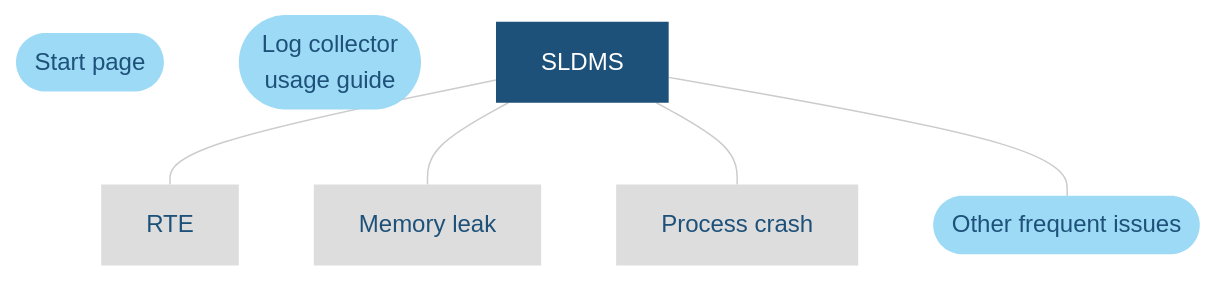
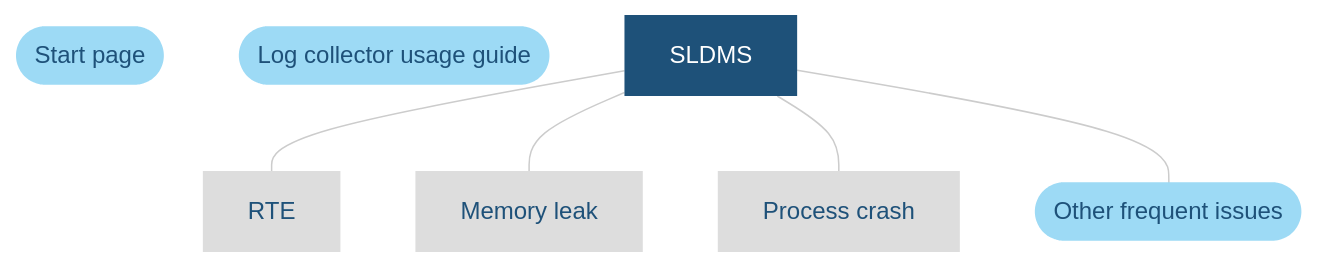
One commit to SkylineCommunications/dataminer-docs changed the first of 3 diagrams in user-guide/Troubleshooting/Troubleshooting_Flowcharts/Troubleshooting_Process_Identification/Communication_processes/Troubleshooting_SLDMS_exe.md. Above: the diagram before and after it, drawn with Mermaid. The commit also changed other lines of this file and 21 other files, not shown here.

````diff
--- a/user-guide/Troubleshooting/Troubleshooting_Flowcharts/Troubleshooting_Process_Identification/Communication_processes/Troubleshooting_SLDMS_exe.md
+++ b/user-guide/Troubleshooting/Troubleshooting_Flowcharts/Troubleshooting_Process_Identification/Communication_processes/Troubleshooting_SLDMS_exe.md
@@ -13,38 +13,38 @@
 ```mermaid
 flowchart TD
 %% Define styles %%
 linkStyle default stroke:#cccccc
 classDef LightBlue fill:#9DDAF5,stroke:#000070,stroke-width:0px, color:#1E5179;
 classDef Blue fill:#4BAEEA,stroke:#000070,stroke-width:0px, color:#FFFFFF;
 classDef DarkBlue fill:#1E5179,stroke:#000070,stroke-width:0px, color:#FFFFFF;
 classDef DarkGray fill:#58595B,stroke:#000070,stroke-width:0px, color:#FFFFFF;
 classDef Gray fill:#999999,stroke:#000070,stroke-width:0px, color:#FFFFFF;
 classDef LightGray fill:#DDDDDD,stroke:#000070,stroke-width:0px, color:#1E5179;
 %% Define blocks %%
 StartPage([Start page])
-LogCollector([Log collector <br>usage guide])
+LogCollector([Log collector usage guide])
 START[SLDMS]
 Rte[RTE]
 Leak[Memory leak]
 Crash[Process crash]
 OI([Other frequent issues])
 %% Connect blocks %%
 START --- Rte
 START --- Leak
 START --- Crash
 START --- OI
 %% Define hyperlinks %%
 click StartPage "/user-guide/Troubleshooting/Troubleshooting_Flowcharts/Finding_a_Root_Cause.html" "Go to Start Page"
 click OI "/user-guide/Troubleshooting/Troubleshooting_Flowcharts/Troubleshooting_Process_Identification/Communication_processes/SLDMS/SLDMS_Frequent_Issues.html" "Frequent Issues"
 click LogCollector "/user-guide/Reference/DataMiner_Tools/SLLogCollector.html" "SLLogCollector"
 click Rte "#option-1-rte-and-memory-leak"
 click Leak "#option-1-rte-and-memory-leak"
 click Crash "#option-2-process-crash"
 %% Apply styles to blocks %%
 class START,MinidumpNo,ProcessCrashed,N2,N1,Y2 DarkBlue;
 class MinidumpYes,Sol1,Nt3 DarkGray;
 class CrashdumpDetected,Minidump,D1,Ch1 Blue;
 class StartPage,LogCollector,OI LightBlue;
 class Rte,Leak,Crash,Y1,Ch,Nt1,Nt2 LightGray;
 class Nt Gray;
 ```
````
